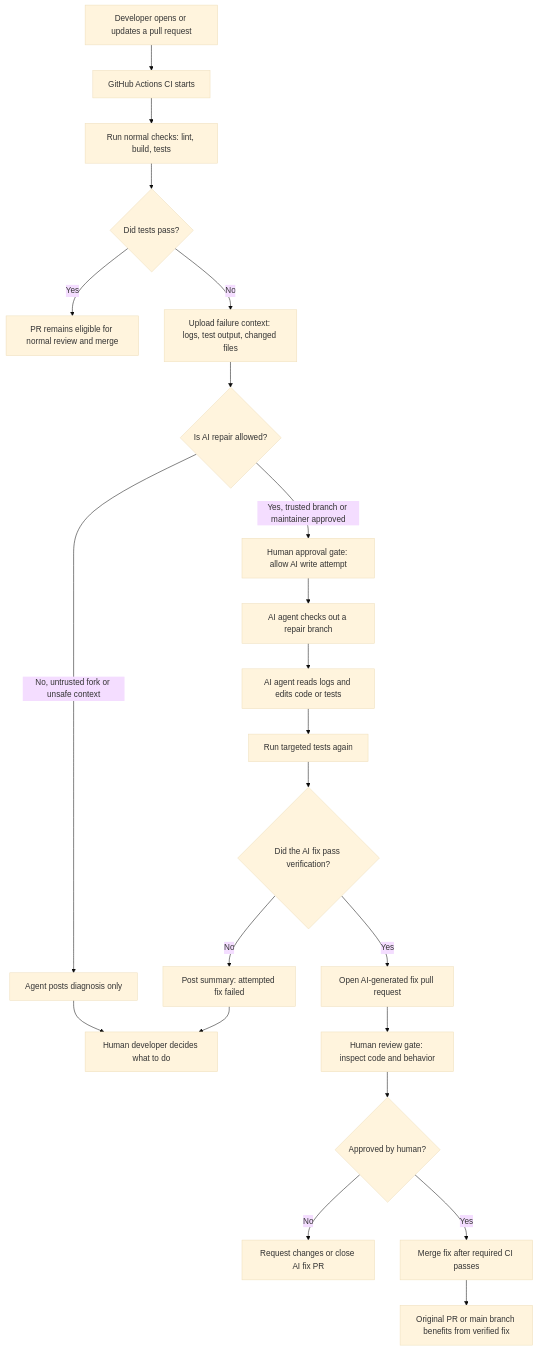
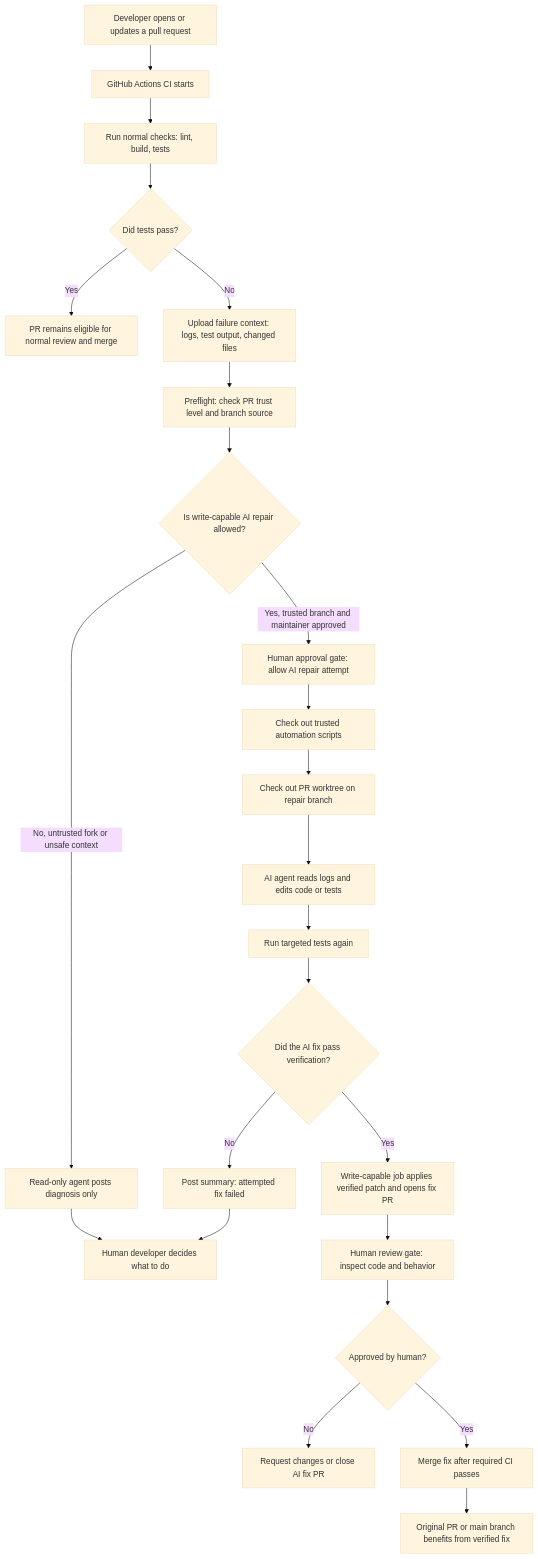
Before and after one commit to tucktuck101/Agentic-launchpad-Selection-submission: the diagram in challenge_one/codex_notes.md, drawn with Mermaid (base theme). The commit also changed other lines of this file and 1 other file, not shown here.

Commit message:
Consolidate AI repair workflow notes

````diff
--- a/challenge_one/codex_notes.md
+++ b/challenge_one/codex_notes.md
@@ -332,31 +332,33 @@
 ```mermaid
 flowchart TD
     A[Developer opens or updates a pull request] --> B[GitHub Actions CI starts]
     B --> C[Run normal checks: lint, build, tests]
     C --> D{Did tests pass?}
 
     D -- Yes --> E[PR remains eligible for normal review and merge]
 
     D -- No --> F[Upload failure context: logs, test output, changed files]
-    F --> G{Is AI repair allowed?}
+    F --> G[Preflight: check PR trust level and branch source]
+    G --> H{Is write-capable AI repair allowed?}
 
-    G -- No, untrusted fork or unsafe context --> H[Agent posts diagnosis only]
-    H --> I[Human developer decides what to do]
+    H -- No, untrusted fork or unsafe context --> I[Read-only agent posts diagnosis only]
+    I --> J[Human developer decides what to do]
 
-    G -- Yes, trusted branch or maintainer approved --> J[Human approval gate: allow AI write attempt]
-    J --> K[AI agent checks out a repair branch]
-    K --> L[AI agent reads logs and edits code or tests]
-    L --> M[Run targeted tests again]
-    M --> N{Did the AI fix pass verification?}
+    H -- Yes, trusted branch and maintainer approved --> K[Human approval gate: allow AI repair attempt]
+    K --> L[Check out trusted automation scripts]
+    L --> M[Check out PR worktree on repair branch]
+    M --> N[AI agent reads logs and edits code or tests]
+    N --> O[Run targeted tests again]
+    O --> P{Did the AI fix pass verification?}
 
-    N -- No --> O[Post summary: attempted fix failed]
-    O --> I
+    P -- No --> Q[Post summary: attempted fix failed]
+    Q --> J
 
-    N -- Yes --> P[Open AI-generated fix pull request]
-    P --> Q[Human review gate: inspect code and behavior]
-    Q --> R{Approved by human?}
+    P -- Yes --> R[Write-capable job applies verified patch and opens fix PR]
+    R --> S[Human review gate: inspect code and behavior]
+    S --> T{Approved by human?}
 
-    R -- No --> S[Request changes or close AI fix PR]
-    R -- Yes --> T[Merge fix after required CI passes]
-    T --> U[Original PR or main branch benefits from verified fix]
+    T -- No --> U[Request changes or close AI fix PR]
+    T -- Yes --> V[Merge fix after required CI passes]
+    V --> W[Original PR or main branch benefits from verified fix]
 ```
````
